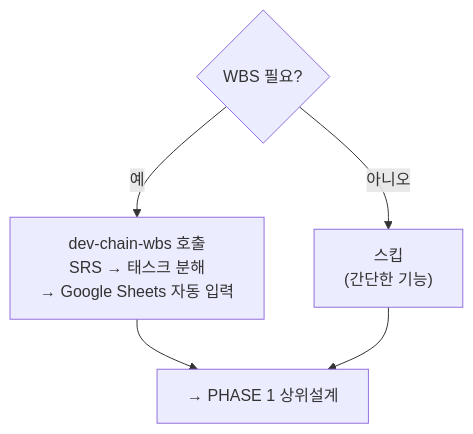
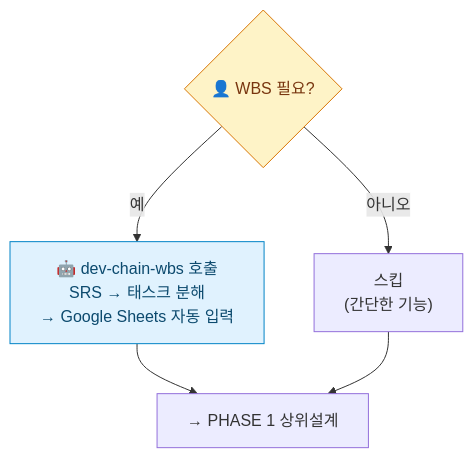
Before and after one commit to gracegyu/munto-dev-assistant-report: the fourth of 7 diagrams in reports/2026-05-harness-TO-BE.md, drawn with Mermaid. The commit also changed other lines of this file and 1 other file, not shown here.

````diff
--- a/reports/2026-05-harness-TO-BE.md
+++ b/reports/2026-05-harness-TO-BE.md
@@ -142,10 +183,15 @@
 ```mermaid
 flowchart TD
-    Q1{"WBS 필요?"}
-    Q2["dev-chain-wbs 호출\nSRS → 태스크 분해\n→ Google Sheets 자동 입력"]
-    Q3["스킵\n(간단한 기능)"]
+    Q1{"👤 WBS 필요?"}:::human
+    Q2["🤖 dev-chain-wbs 호출<br/>SRS → 태스크 분해<br/>→ Google Sheets 자동 입력"]:::ai
+    Q3["스킵<br/>(간단한 기능)"]
     Q4["→ PHASE 1 상위설계"]
 
     Q1 -- "예" --> Q2 --> Q4
     Q1 -- "아니오" --> Q3 --> Q4
+
+    classDef ai fill:#e0f2fe,stroke:#0284c7,color:#0c4a6e
+    classDef human fill:#fef3c7,stroke:#d97706,color:#78350f
+    classDef collab fill:#f3e8ff,stroke:#9333ea,color:#581c87
+    classDef gate fill:#fee2e2,stroke:#dc2626,color:#7f1d1d,stroke-width:3px
 ```
````
